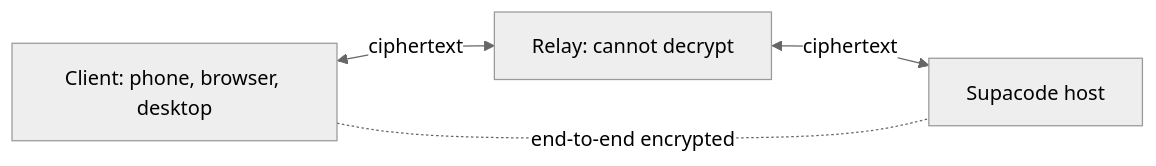
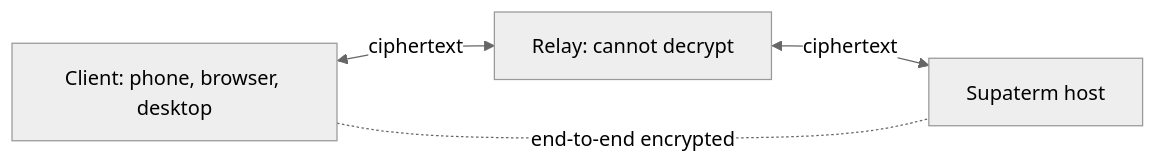
The diagram in README.md (supabitapp/supacode-relay), drawn with Mermaid (neutral theme) before and after one commit. The commit also changed other lines of this file and 9 other files, not shown here.

First line of the commit message:
Deploy the relay to relay.supaterm.com

````diff
--- a/README.md
+++ b/README.md
@@ -5,6 +5,6 @@
 ```mermaid
 flowchart LR
   client["Client: phone, browser, desktop"] <-->|ciphertext| relay["Relay: cannot decrypt"]
-  relay <-->|ciphertext| host["Supacode host"]
+  relay <-->|ciphertext| host["Supaterm host"]
   client -.-|"end-to-end encrypted"| host
 ```
````
